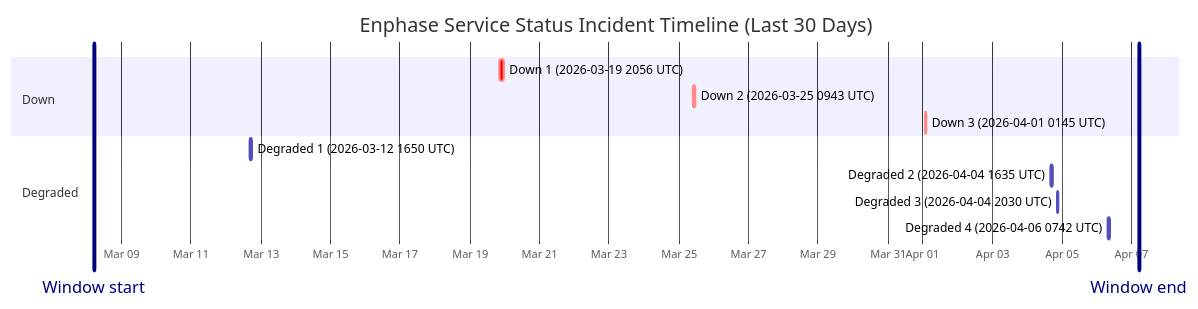
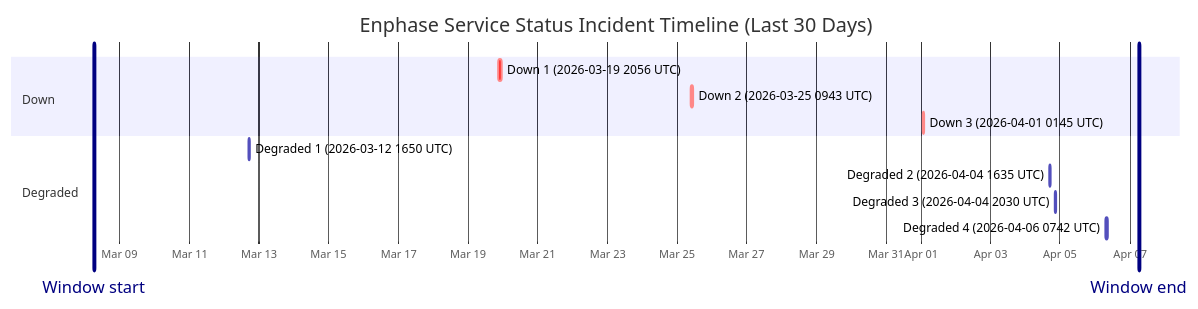
Before and after one commit to barneyonline/ha-enphase-ev-charger: the diagram in wiki/Service-Status-History.md, drawn with Mermaid. The commit also changed other lines of this file and 3 other files, not shown here.

````diff
--- a/wiki/Service-Status-History.md
+++ b/wiki/Service-Status-History.md
@@ -14,17 +14,17 @@
 ```mermaid
 gantt
     title Enphase Service Status Incident Timeline (Last 30 Days)
     dateFormat  YYYY-MM-DDTHH:mm:ss
     axisFormat  %b %d
-    Window start :vert, window-start, 2026-03-08T04:57:47, 0ms
-    Window end :vert, window-end, 2026-04-07T04:57:47, 0ms
+    Window start :vert, window-start, 2026-03-08T06:21:13, 0ms
+    Window end :vert, window-end, 2026-04-07T06:21:13, 0ms
     section Down
     Down 1 (2026-03-19 2056 UTC) :crit, down-1, 2026-03-19T20:56:20, 145m
     Down 2 (2026-03-25 0943 UTC) :crit, down-2, 2026-03-25T09:43:28, 111m
     Down 3 (2026-04-01 0145 UTC) :crit, down-3, 2026-04-01T01:45:09, 60m
     section Degraded
     Degraded 1 (2026-03-12 1650 UTC) :active, degraded-1, 2026-03-12T16:50:43, 60m
     Degraded 2 (2026-04-04 1635 UTC) :active, degraded-2, 2026-04-04T16:35:17, 60m
     Degraded 3 (2026-04-04 2030 UTC) :active, degraded-3, 2026-04-04T20:30:40, 60m
     Degraded 4 (2026-04-06 0742 UTC) :active, degraded-4, 2026-04-06T07:42:09, 85m
 ```
````
